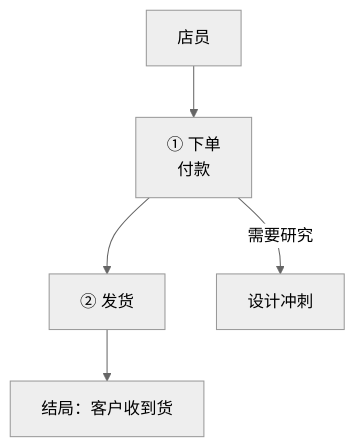
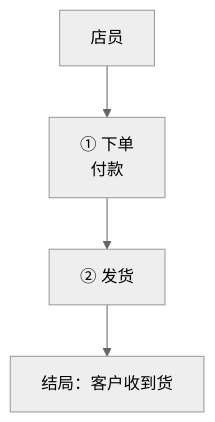
The diagram in scripts/board_check/fixtures/acme/scrum/ProductBacklog.md (seapawn1/IDEO-Scrum), drawn with Mermaid (neutral theme) before and after one commit. The commit also changed other lines of this file and 78 other files, not shown here.

````diff
--- a/scripts/board_check/fixtures/acme/scrum/ProductBacklog.md
+++ b/scripts/board_check/fixtures/acme/scrum/ProductBacklog.md
@@ -23,7 +23,6 @@
 ```mermaid
 flowchart TD
     U["店员"] --> A["① 下单<br/>付款"]
     A --> B["② 发货"]
     B --> E["结局：客户收到货"]
-    A -- "需要研究" --> D["设计冲刺"]
 ```
````
